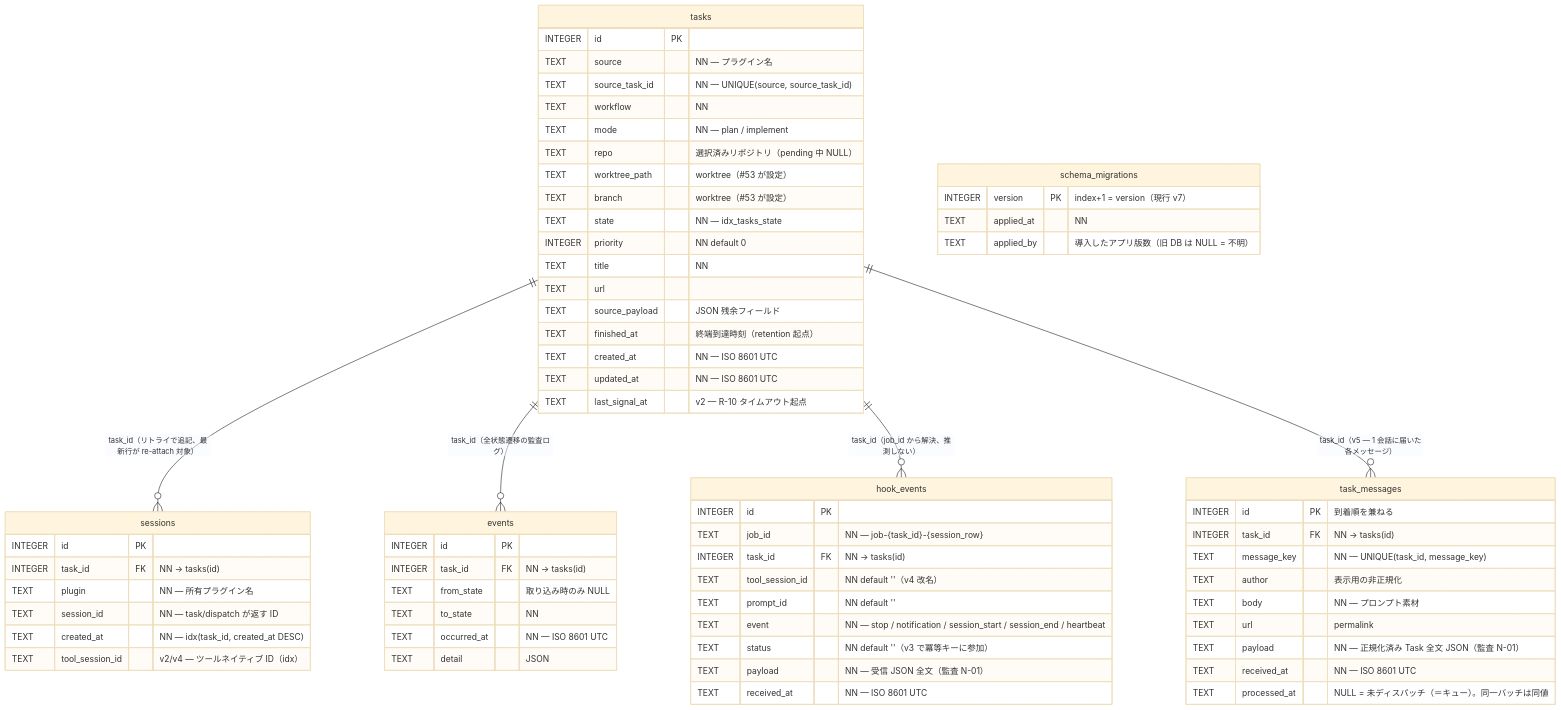
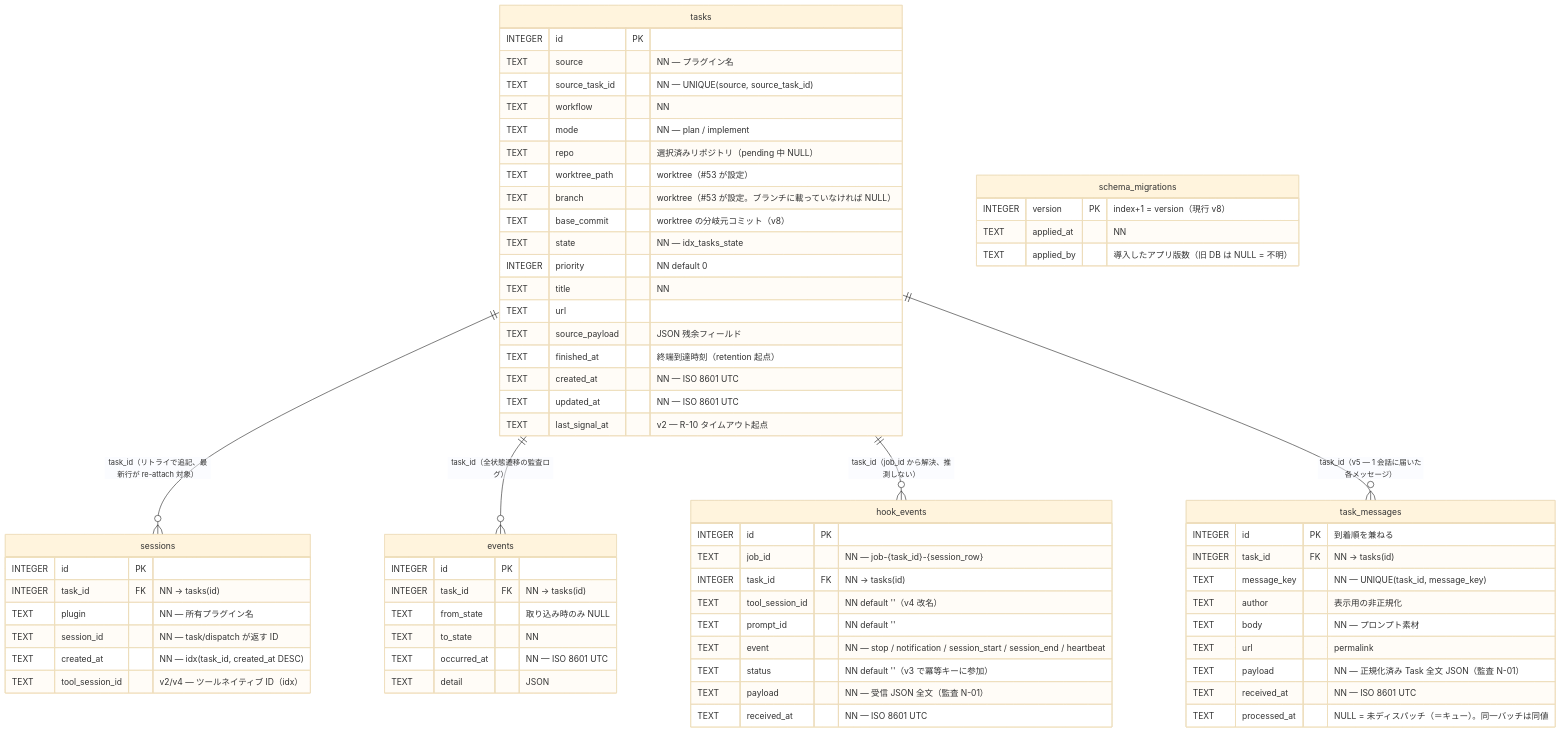
The diagram in docs/data/state-db.md (tomoya-k31/totsuka), drawn with Mermaid (base theme) before and after one commit. The commit also changed other lines of this file and 23 other files, not shown here.

First line of the commit message:
feat(core): worktree ディレクトリ名をタスク由来にし base_commit を記録する (#338)

````diff
--- a/docs/data/state-db.md
+++ b/docs/data/state-db.md
@@ -22,75 +22,76 @@
 ```mermaid
 erDiagram
     tasks ||--o{ sessions : "task_id（リトライで追記、最新行が re-attach 対象）"
     tasks ||--o{ events : "task_id（全状態遷移の監査ログ）"
     tasks ||--o{ hook_events : "task_id（job_id から解決、推測しない）"
     tasks ||--o{ task_messages : "task_id（v5 — 1 会話に届いた各メッセージ）"
 
     tasks {
         INTEGER id PK
         TEXT source "NN — プラグイン名"
         TEXT source_task_id "NN — UNIQUE(source, source_task_id)"
         TEXT workflow "NN"
         TEXT mode "NN — plan / implement"
         TEXT repo "選択済みリポジトリ（pending 中 NULL）"
         TEXT worktree_path "worktree（#53 が設定）"
-        TEXT branch "worktree（#53 が設定）"
+        TEXT branch "worktree（#53 が設定。ブランチに載っていなければ NULL）"
+        TEXT base_commit "worktree の分岐元コミット（v8）"
         TEXT state "NN — idx_tasks_state"
         INTEGER priority "NN default 0"
         TEXT title "NN"
         TEXT url
         TEXT source_payload "JSON 残余フィールド"
         TEXT finished_at "終端到達時刻（retention 起点）"
         TEXT created_at "NN — ISO 8601 UTC"
         TEXT updated_at "NN — ISO 8601 UTC"
         TEXT last_signal_at "v2 — R-10 タイムアウト起点"
     }
 
     sessions {
         INTEGER id PK
         INTEGER task_id FK "NN → tasks(id)"
         TEXT plugin "NN — 所有プラグイン名"
         TEXT session_id "NN — task/dispatch が返す ID"
         TEXT created_at "NN — idx(task_id, created_at DESC)"
         TEXT tool_session_id "v2/v4 — ツールネイティブ ID（idx）"
     }
 
     events {
         INTEGER id PK
         INTEGER task_id FK "NN → tasks(id)"
         TEXT from_state "取り込み時のみ NULL"
         TEXT to_state "NN"
         TEXT occurred_at "NN — ISO 8601 UTC"
         TEXT detail "JSON"
     }
 
     hook_events {
         INTEGER id PK
         TEXT job_id "NN — job-{task_id}-{session_row}"
         INTEGER task_id FK "NN → tasks(id)"
         TEXT tool_session_id "NN default ''（v4 改名）"
         TEXT prompt_id "NN default ''"
         TEXT event "NN — stop / notification / session_start / session_end / heartbeat"
         TEXT status "NN default ''（v3 で冪等キーに参加）"
         TEXT payload "NN — 受信 JSON 全文（監査 N-01）"
         TEXT received_at "NN — ISO 8601 UTC"
     }
 
     task_messages {
         INTEGER id PK "到着順を兼ねる"
         INTEGER task_id FK "NN → tasks(id)"
         TEXT message_key "NN — UNIQUE(task_id, message_key)"
         TEXT author "表示用の非正規化"
         TEXT body "NN — プロンプト素材"
         TEXT url "permalink"
         TEXT payload "NN — 正規化済み Task 全文 JSON（監査 N-01）"
         TEXT received_at "NN — ISO 8601 UTC"
         TEXT processed_at "NULL = 未ディスパッチ（＝キュー）。同一バッチは同値"
     }
 
     schema_migrations {
-        INTEGER version PK "index+1 = version（現行 v7）"
+        INTEGER version PK "index+1 = version（現行 v8）"
         TEXT applied_at "NN"
         TEXT applied_by "導入したアプリ版数（旧 DB は NULL = 不明）"
     }
 ```
````
